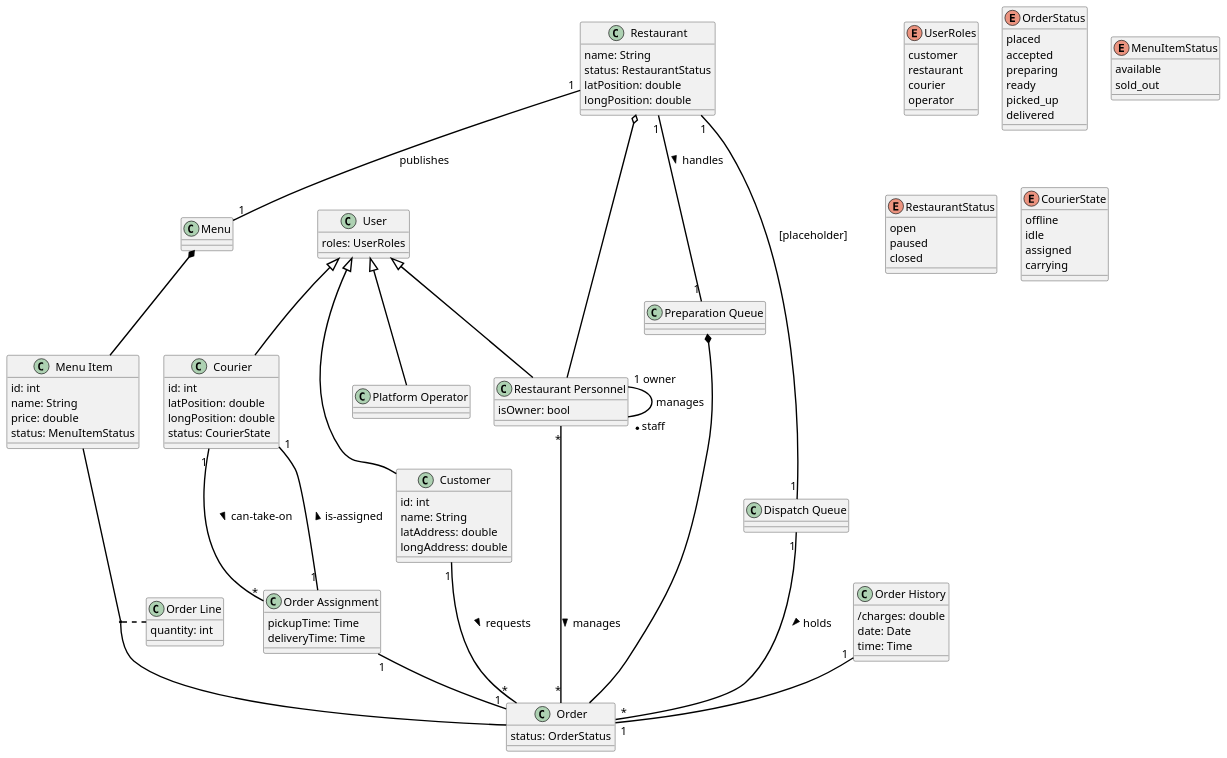
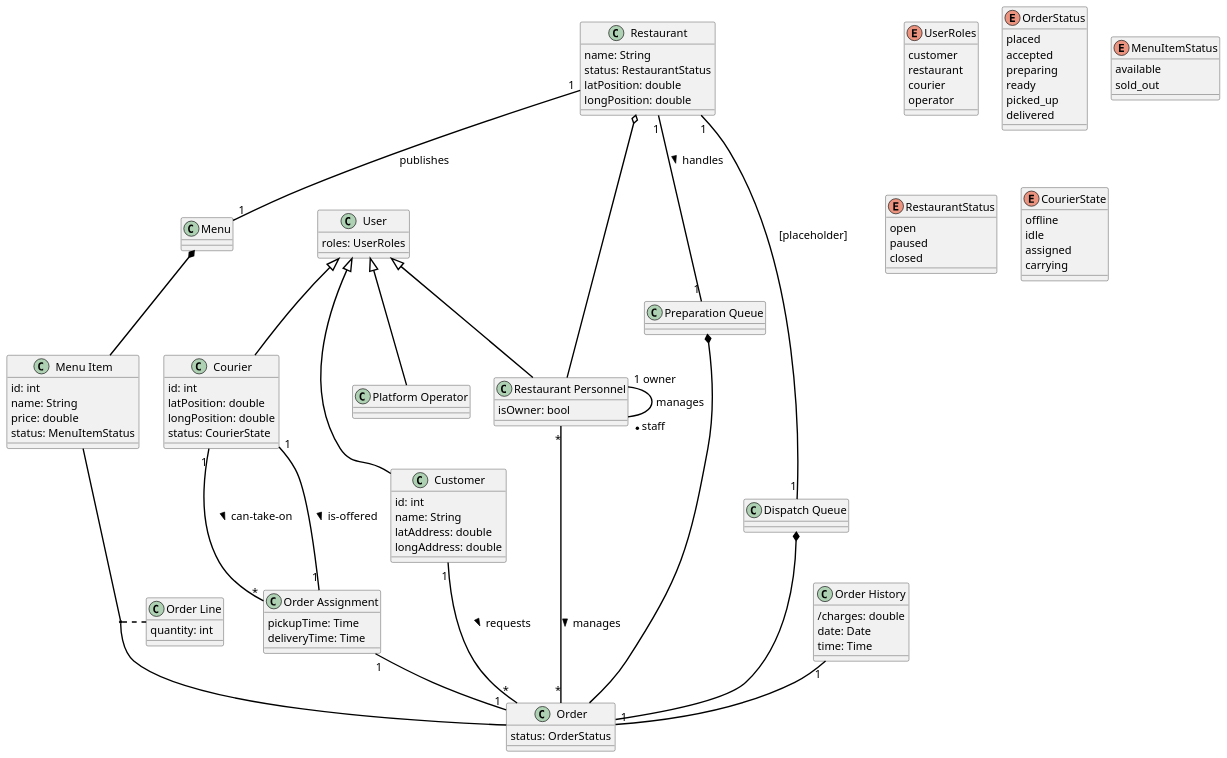
Before and after one commit to MonishKD/HelloWorldprint_HI: the diagram in diagrams/domainModel.puml, drawn with PlantUML.

Commit message:
Minor changes to Domain Model

```diff
--- a/diagrams/domainModel.puml
+++ b/diagrams/domainModel.puml
@@ -1,162 +1,162 @@
 @startuml Domain Model 
 skinparam DefaultFontName Arial
 skinparam DefaultFontSize 16
 skinparam DefaultFontStyle bold
 skinparam ArrowThickness 2.0
 skinparam ArrowColor #black
 
 class "User" as User {
     roles: UserRoles
 }
 
 'id could be GUID so TBD??'
 'TBC if lat/long are double'
 class "Customer" as Customer {
     id: int
     name: String
     latAddress: double
     longAddress: double
 }
 
 'TBC if lat/long are double'
 'menu: ?? could be another class that connects to Menu Item'
 class "Restaurant" as Restaurant {
     name: String
     status: RestaurantStatus
     latPosition: double
     longPosition: double
 }
 
 class "Restaurant Personnel" as RestPers {
     isOwner: bool
 }
 
 'id could be GUID so TBD??'
 'TBC if lat/long are double'
 class "Courier" as Courier {
     id: int
     latPosition: double
     longPosition: double
     status: CourierState
 }
 
 class "Platform Operator" as PlatOp {
 
 }
 
 class "Order" as Order {
     status: OrderStatus
 }
 
 'One Menu item and qty'
 class "Order Line" as OrderLine {
     quantity: int
 }
 
 class "Menu" as Menu {
 
 }
 
 'id could be a string/int mix like GUID so TBD??'
 class "Menu Item" as MenuItem {
     id: int
     name: String
     price: double
     status: MenuItemStatus
 }
 
 
 class "Preparation Queue" as PQ {
 
 }
 
 'Talks about "Records two handoffs that close a delivery...", not sure if they're talking about time or what
 class "Order Assignment" as Assignment {
     pickupTime: Time
     deliveryTime: Time
 }
 
 class "Dispatch Queue" as DQ {
 
 }
 
 class "Order History" as OrderHistory {
     /charges: double
     date: Date
     time: Time
 }
 
 
 
 '---------- List of associations/relationships -----------'
 User <|-- Courier
 User <|-- Customer
 User <|-- RestPers
 User <|-- PlatOp
 
 'Restaurant, MenuItem related ===================='
 Restaurant o-- RestPers
 RestPers "1 owner" -- "* staff" RestPers: "manages"
 Restaurant "1" -- "1" Menu : "publishes"
 Menu *-- MenuItem 
 (MenuItem, Order) .. OrderLine
 PQ *-- Order
 Restaurant "1" -- "1" PQ: "handles >"
 'Not sure about the one below either, it's subtly implied. [placeholder] = find verbPhrase
 Restaurant "1" -- "1" DQ: "[placeholder]"
 
 'Order related ===================='
 'Not sure about the one below'
 RestPers "*" -- "*" Order: "manages >"
 'Not sure if we need two associations for submit and delete or if there is a word for both'
 Customer "1" -- "*" Order: "requests >" 
-DQ "1" -- "*" Order: "holds >"
+DQ *-- Order
 
 
 'Courier-Assignment related ====================''
 'Not sure about the two below, do we need an Assignment class? or just do Courier to Order'
 Courier "1" -- "*" Assignment: "can-take-on >"
-Courier "1" -- "1" Assignment: "is-assigned <" 
+Courier "1" -- "1" Assignment: "is-offered >" 
 Assignment "1" -- "1" Order
 
 'Order-History related ====================''
 OrderHistory "1" -- "1" Order
 
 
 '-----List of possible enum classes: capitalize them??-------'
 enum "UserRoles" as UserRoles {
     customer
     restaurant
     courier
     operator
 }
 
 enum "OrderStatus" as OrderStatus {
     placed
     accepted
     preparing
     ready
     picked_up
     delivered
 }
 
 'Or we can create a boolean attribute in Menu Item, or derived based on qty'
 enum "MenuItemStatus" as MenuItemStatus {
     available
     sold_out
 }
 
 enum "RestaurantStatus" as RestaurantStatus {
     open
     paused
     closed
 }
 
 enum "CourierState" as CourierState {
     offline
     idle
     assigned
     carrying
 }
 
 @enduml
```
